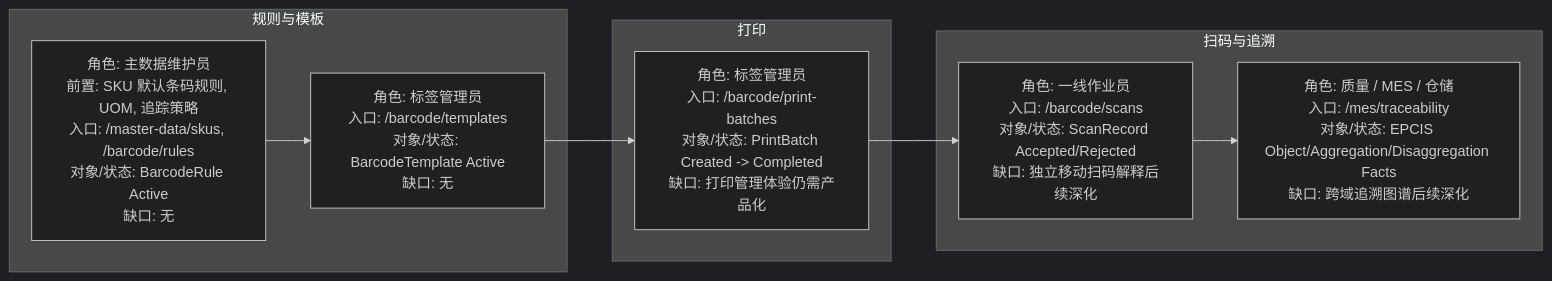
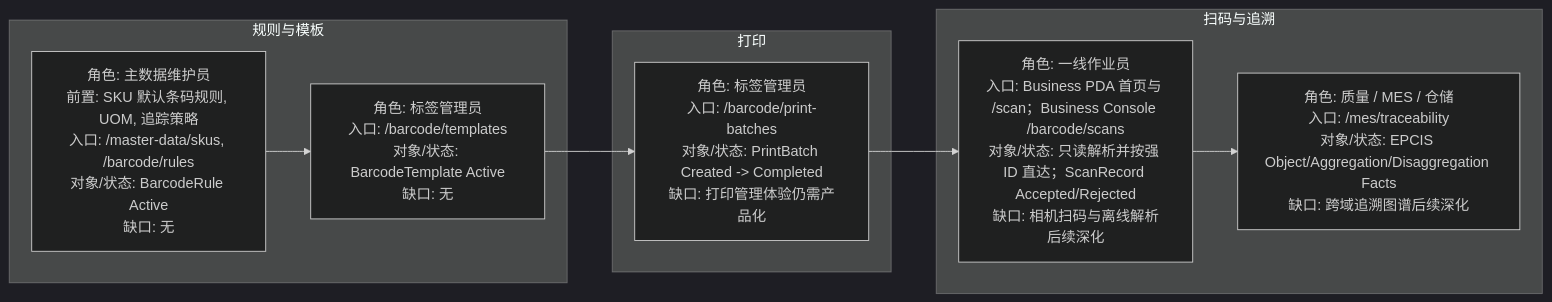
One commit to Mang-X/Nerv-IIP changed the sixth of 6 diagrams in frontend/apps/docs/docs/processes/index.md. Above: the diagram before and after it, drawn with Mermaid (dark theme). The commit also changed other lines of this file and 1 other file, not shown here.

Commit message:
test(pda): 通过宿主生命周期验证扫码卸载

````diff
--- a/frontend/apps/docs/docs/processes/index.md
+++ b/frontend/apps/docs/docs/processes/index.md
@@ -182,16 +182,16 @@
 ```mermaid
 flowchart LR
   subgraph Rules["规则与模板"]
     B0["角色: 主数据维护员<br/>前置: SKU 默认条码规则, UOM, 追踪策略<br/>入口: /master-data/skus, /barcode/rules<br/>对象/状态: BarcodeRule Active<br/>缺口: 无"]
     B1["角色: 标签管理员<br/>入口: /barcode/templates<br/>对象/状态: BarcodeTemplate Active<br/>缺口: 无"]
   end
   subgraph Print["打印"]
     B2["角色: 标签管理员<br/>入口: /barcode/print-batches<br/>对象/状态: PrintBatch Created -> Completed<br/>缺口: 打印管理体验仍需产品化"]
   end
   subgraph Scan["扫码与追溯"]
-    B3["角色: 一线作业员<br/>入口: /barcode/scans<br/>对象/状态: ScanRecord Accepted/Rejected<br/>缺口: 独立移动扫码解释后续深化"]
+    B3["角色: 一线作业员<br/>入口: Business PDA 首页与 /scan；Business Console /barcode/scans<br/>对象/状态: 只读解析并按强 ID 直达；ScanRecord Accepted/Rejected<br/>缺口: 相机扫码与离线解析后续深化"]
     B4["角色: 质量 / MES / 仓储<br/>入口: /mes/traceability<br/>对象/状态: EPCIS Object/Aggregation/Disaggregation Facts<br/>缺口: 跨域追溯图谱后续深化"]
   end
 
   B0 --> B1 --> B2 --> B3 --> B4
 ```
````
